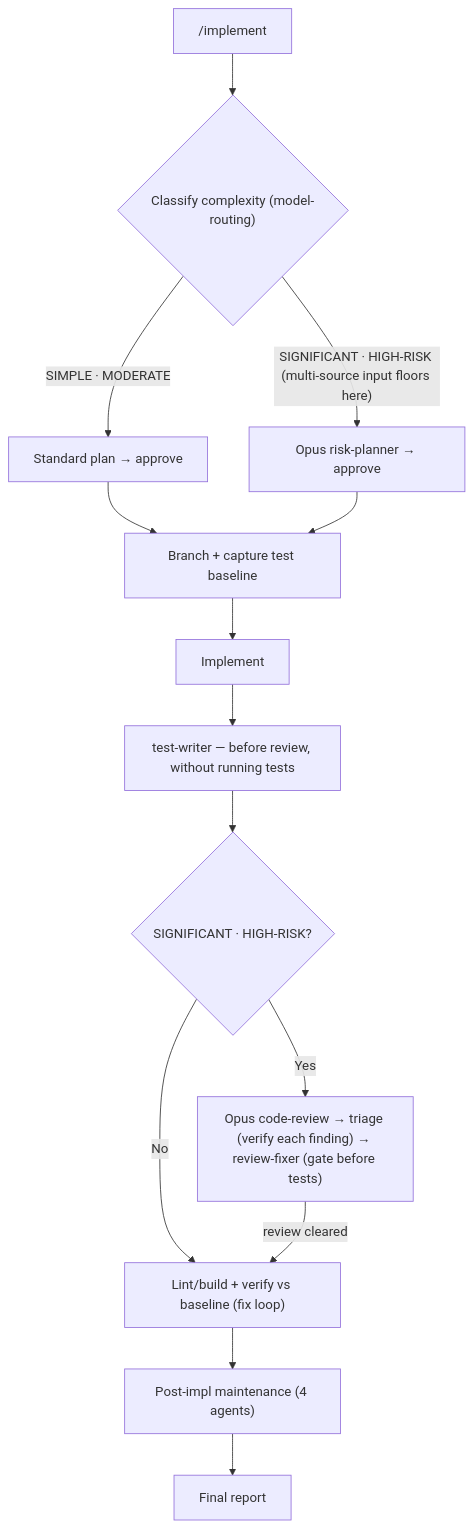
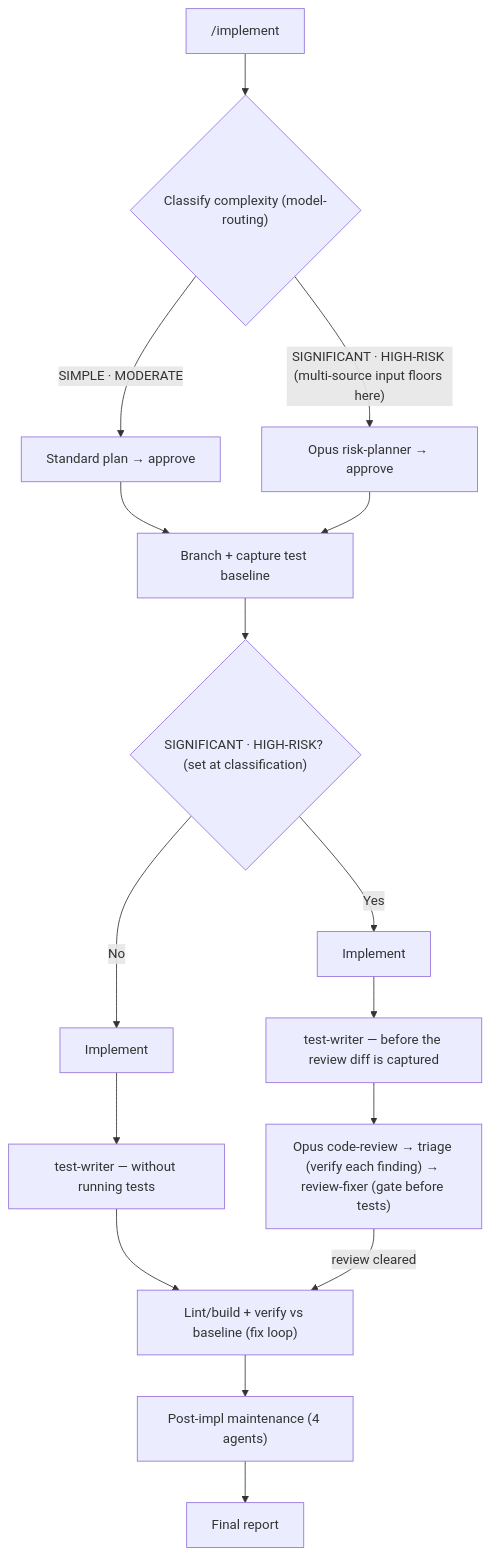
The diagram in plugins/dev-workflows/docs/commands/implement.md (ihudak/ai-workflows), drawn with Mermaid before and after one commit. The commit also changed other lines of this file and 17 other files, not shown here.

````diff
--- a/plugins/dev-workflows/docs/commands/implement.md
+++ b/plugins/dev-workflows/docs/commands/implement.md
@@ -25,15 +25,13 @@
 ```mermaid
 flowchart TD
     IN["/implement"] --> C{"Classify complexity (model-routing)"}
     C -->|SIMPLE · MODERATE| P1["Standard plan → approve"]
     C -->|"SIGNIFICANT · HIGH-RISK (multi-source input floors here)"| P2["Opus risk-planner → approve"]
     P1 --> BR["Branch + capture test baseline"]
     P2 --> BR
-    BR --> IM["Implement"]
-    IM --> TW["test-writer — before review, without running tests"]
-    TW --> G{"SIGNIFICANT · HIGH-RISK?"}
-    G -->|Yes| RV["Opus code-review → triage (verify each finding) → review-fixer (gate before tests)"]
-    G -->|No| TS["Lint/build + verify vs baseline (fix loop)"]
+    BR --> G{"SIGNIFICANT · HIGH-RISK? (set at classification)"}
+    G -->|No| IMA["Implement"] --> TWA["test-writer — without running tests"] --> TS["Lint/build + verify vs baseline (fix loop)"]
+    G -->|Yes| IMB["Implement"] --> TWB["test-writer — before the review diff is captured"] --> RV["Opus code-review → triage (verify each finding) → review-fixer (gate before tests)"]
     RV -->|review cleared| TS
     TS --> MT["Post-impl maintenance (4 agents)"] --> RP["Final report"]
 ```
````
